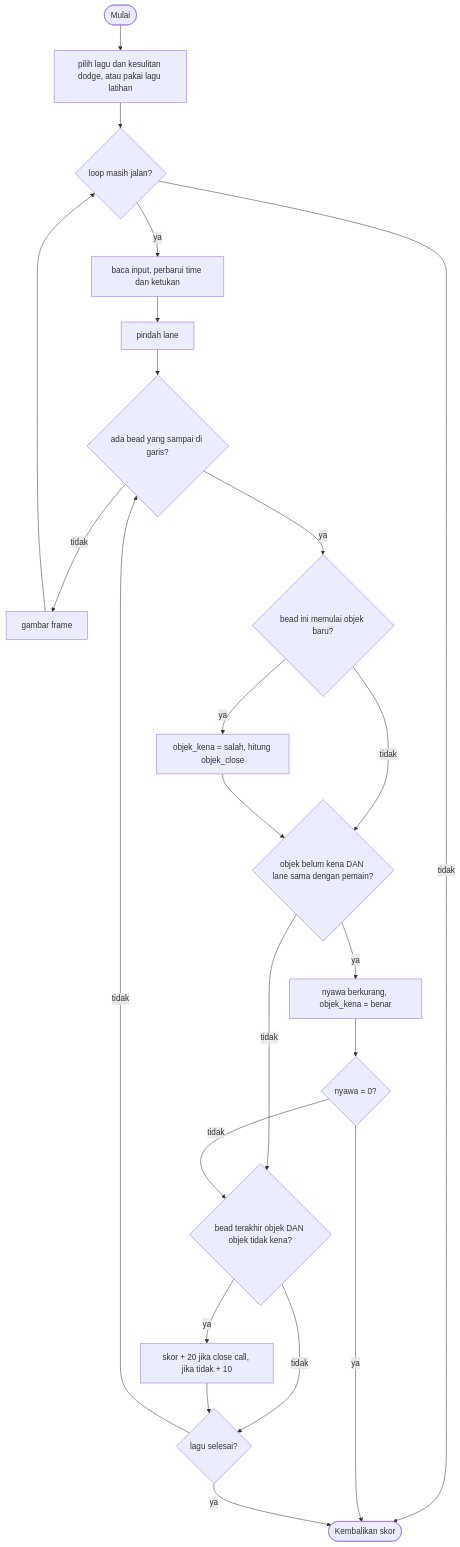
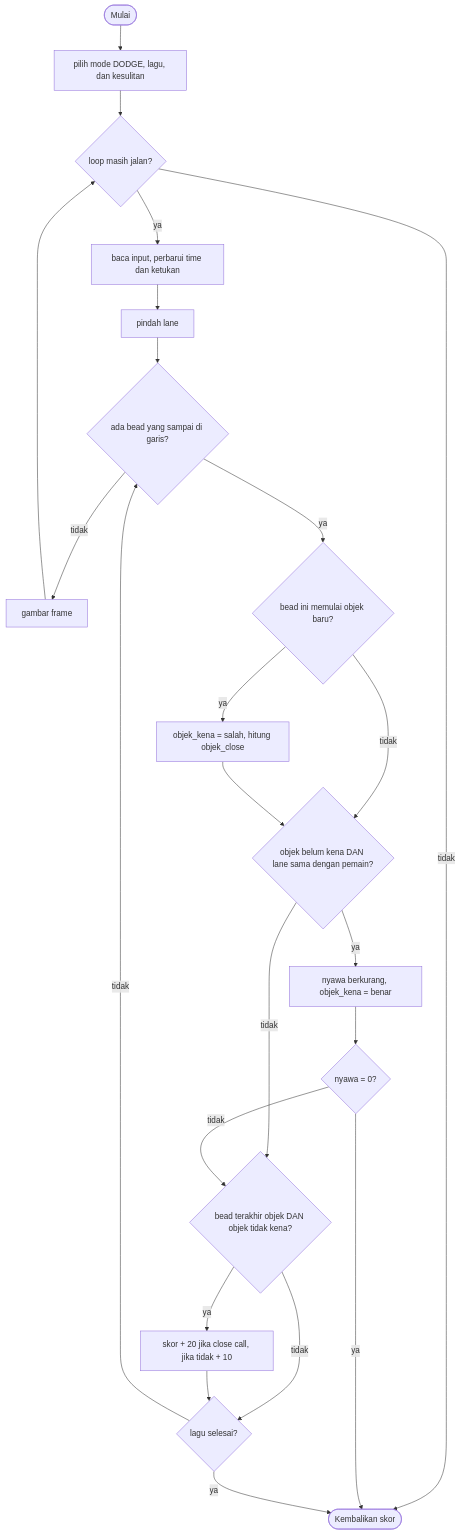
Before and after one commit to zaxx-q/arCade: the first of 2 diagrams in games/beat_dodge/GAME.md, drawn with Mermaid. The commit also changed other lines of this file and 23 other files, not shown here.

````diff
--- a/games/beat_dodge/GAME.md
+++ b/games/beat_dodge/GAME.md
@@ -454,24 +457,24 @@
 ```mermaid
 flowchart TD
-    A([Mulai]) --> B["pilih lagu dan kesulitan dodge, atau pakai lagu latihan"]
+    A([Mulai]) --> B["pilih mode DODGE, lagu, dan kesulitan"]
     B --> C{"loop masih jalan?"}
     C -- tidak --> Z([Kembalikan skor])
     C -- ya --> D["baca input, perbarui time dan ketukan"]
     D --> E["pindah lane"]
     E --> F{"ada bead yang sampai di garis?"}
     F -- tidak --> J[gambar frame] --> C
     F -- ya --> N{"bead ini memulai objek baru?"}
     N -- ya --> O["objek_kena = salah, hitung objek_close"]
     N -- tidak --> G
     O --> G{"objek belum kena DAN lane sama dengan pemain?"}
     G -- ya --> H["nyawa berkurang, objek_kena = benar"]
     G -- tidak --> P
     H --> K{"nyawa = 0?"}
     K -- ya --> Z
     K -- tidak --> P{"bead terakhir objek DAN objek tidak kena?"}
     P -- ya --> I["skor + 20 jika close call, jika tidak + 10"]
     P -- tidak --> L
     I --> L{"lagu selesai?"}
     L -- ya --> Z
     L -- tidak --> F
 ```
````
